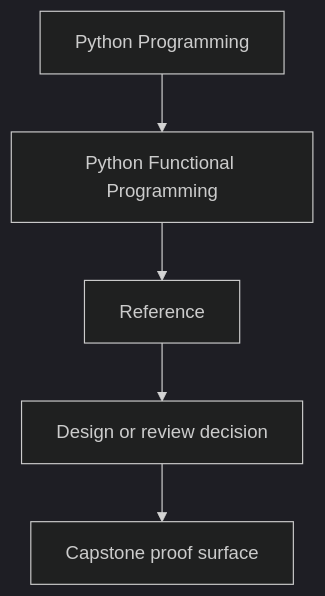
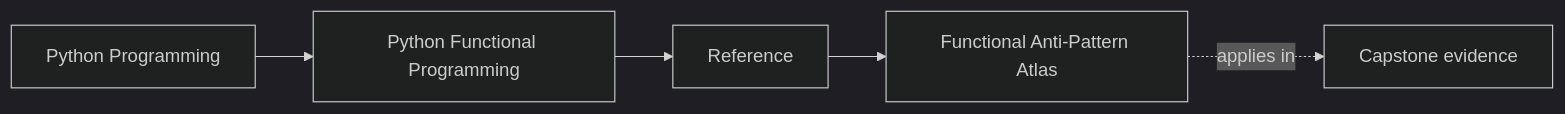
One commit to bijux/bijux-masterclass changed the first of 2 diagrams in programs/python-programming/python-functional-programming/course-book/reference/anti-pattern-atlas.md. Above: the diagram before and after it, drawn with Mermaid (dark theme). The commit also changed other lines of this file and 108 other files, not shown here.

Commit message:
docs(python-functional-programming): map capstone and advanced design surfaces

````diff
--- a/programs/python-programming/python-functional-programming/course-book/reference/anti-pattern-atlas.md
+++ b/programs/python-programming/python-functional-programming/course-book/reference/anti-pattern-atlas.md
@@ -6,7 +6,11 @@
 ```mermaid
-flowchart TD
-  family["Python Programming"] --> program["Python Functional Programming"]
-  program --> reference["Reference"]
-  reference --> review["Design or review decision"]
-  review --> capstone["Capstone proof surface"]
+graph LR
+  family["Python Programming"]
+  program["Python Functional Programming"]
+  section["Reference"]
+  page["Functional Anti-Pattern Atlas"]
+  capstone["Capstone evidence"]
+
+  family --> program --> section --> page
+  page -.applies in.-> capstone
 ```
````
